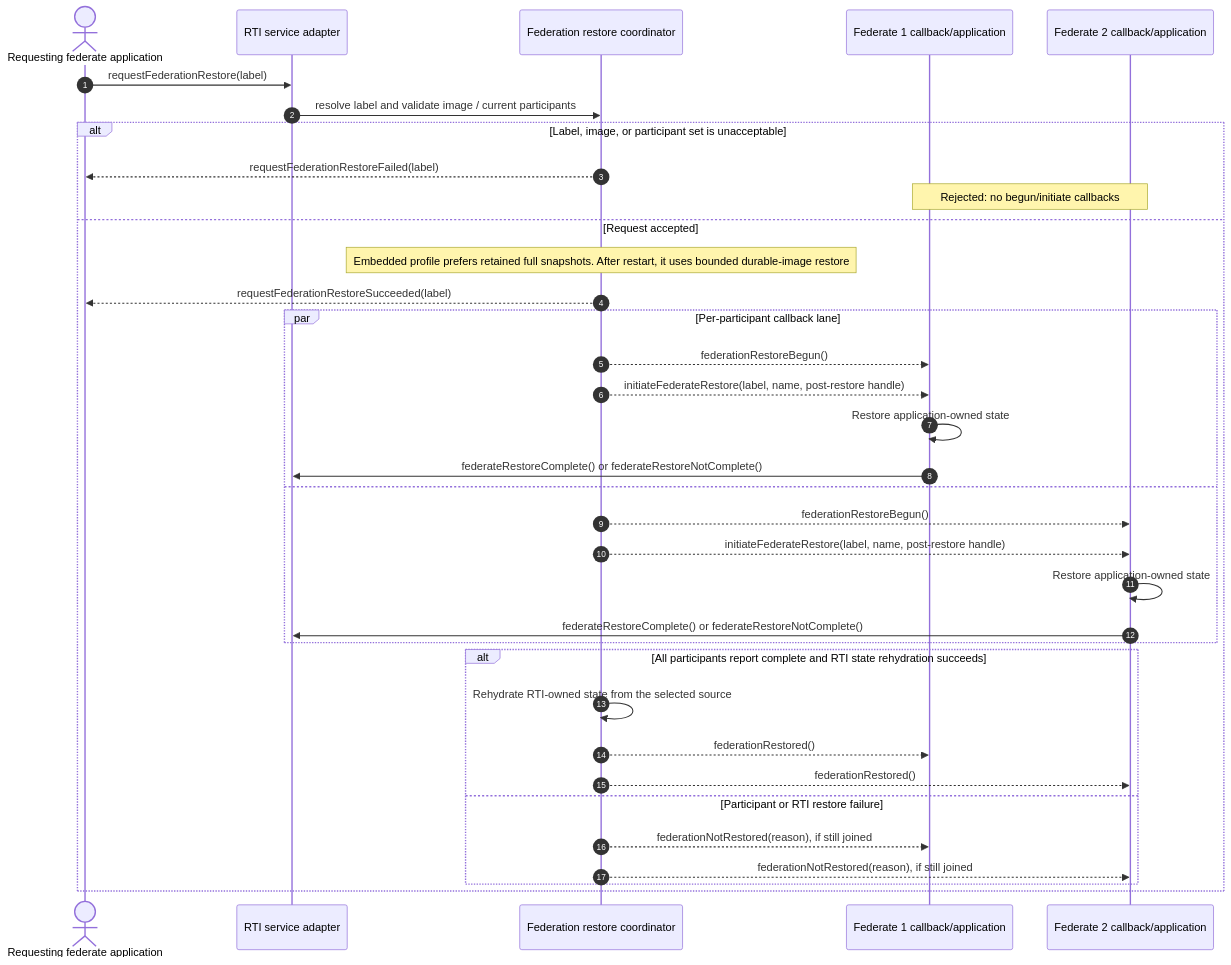
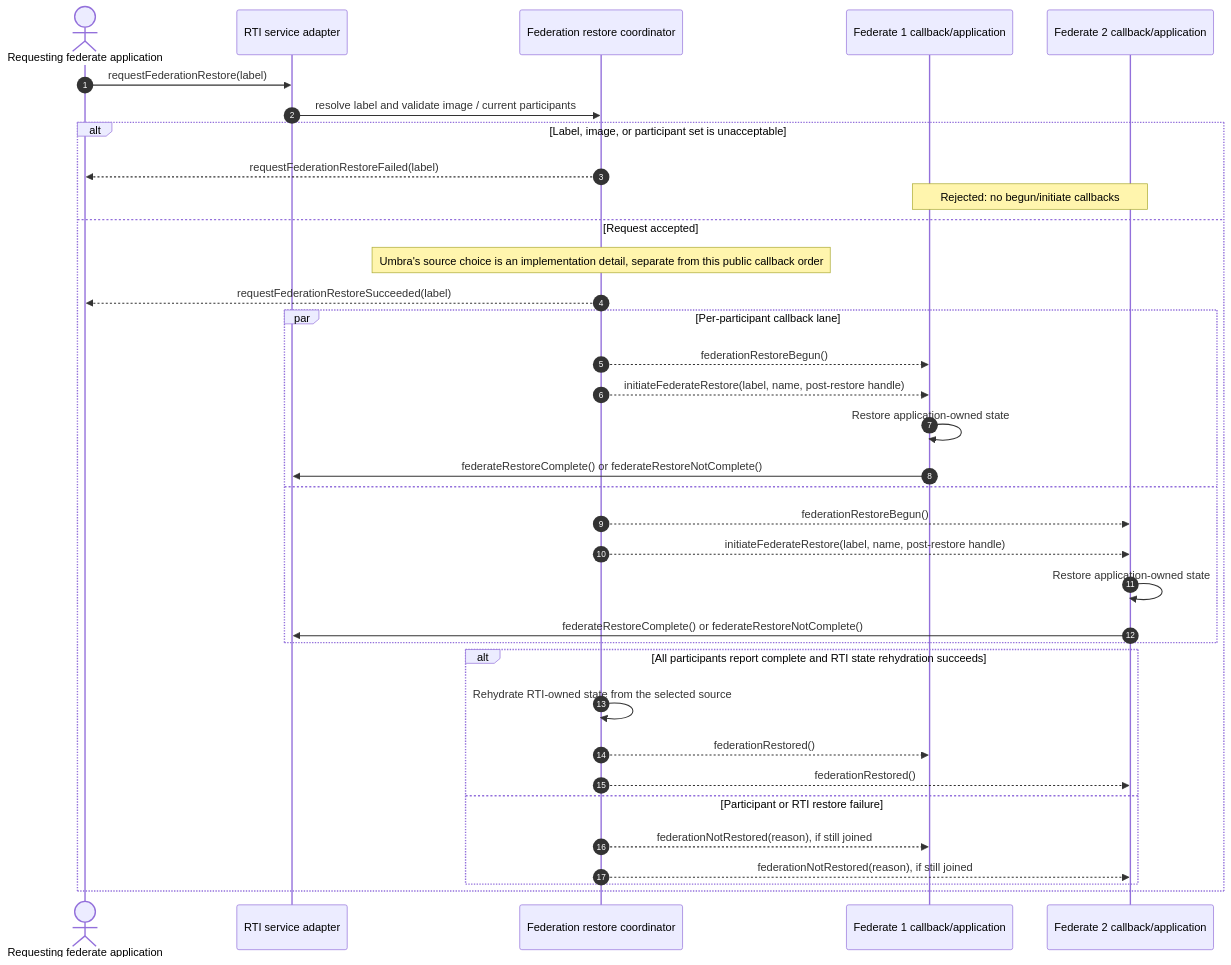
Before and after one commit to sheepfling/umbra: the seventh of 18 diagrams in docs/design/HLA-2025-FEDERATION-SAVE-RESTORE-FLOW-GUIDE.md, drawn with Mermaid. The commit also changed other lines of this file and 822 other files, not shown here.

````diff
--- a/docs/design/HLA-2025-FEDERATION-SAVE-RESTORE-FLOW-GUIDE.md
+++ b/docs/design/HLA-2025-FEDERATION-SAVE-RESTORE-FLOW-GUIDE.md
@@ -285,38 +485,38 @@
 ```mermaid
 sequenceDiagram
   autonumber
   actor App as Requesting federate application
   participant RTI as RTI service adapter
   participant Coord as Federation restore coordinator
   participant P1 as Federate 1 callback/application
   participant P2 as Federate 2 callback/application
 
   App->>RTI: requestFederationRestore(label)
   RTI->>Coord: resolve label and validate image / current participants
   alt Label, image, or participant set is unacceptable
     Coord-->>App: requestFederationRestoreFailed(label)
     Note over P1,P2: Rejected: no begun/initiate callbacks
   else Request accepted
-    Note over Coord: Embedded profile prefers retained full snapshots. After restart, it uses bounded durable-image restore
+    Note over Coord: Umbra's source choice is an implementation detail, separate from this public callback order
     Coord-->>App: requestFederationRestoreSucceeded(label)
     par Per-participant callback lane
       Coord-->>P1: federationRestoreBegun()
       Coord-->>P1: initiateFederateRestore(label, name, post-restore handle)
       P1->>P1: Restore application-owned state
       P1->>RTI: federateRestoreComplete() or federateRestoreNotComplete()
     and
       Coord-->>P2: federationRestoreBegun()
       Coord-->>P2: initiateFederateRestore(label, name, post-restore handle)
       P2->>P2: Restore application-owned state
       P2->>RTI: federateRestoreComplete() or federateRestoreNotComplete()
     end
     alt All participants report complete and RTI state rehydration succeeds
       Coord->>Coord: Rehydrate RTI-owned state from the selected source
       Coord-->>P1: federationRestored()
       Coord-->>P2: federationRestored()
     else Participant or RTI restore failure
       Coord-->>P1: federationNotRestored(reason), if still joined
       Coord-->>P2: federationNotRestored(reason), if still joined
     end
   end
 ```
````
